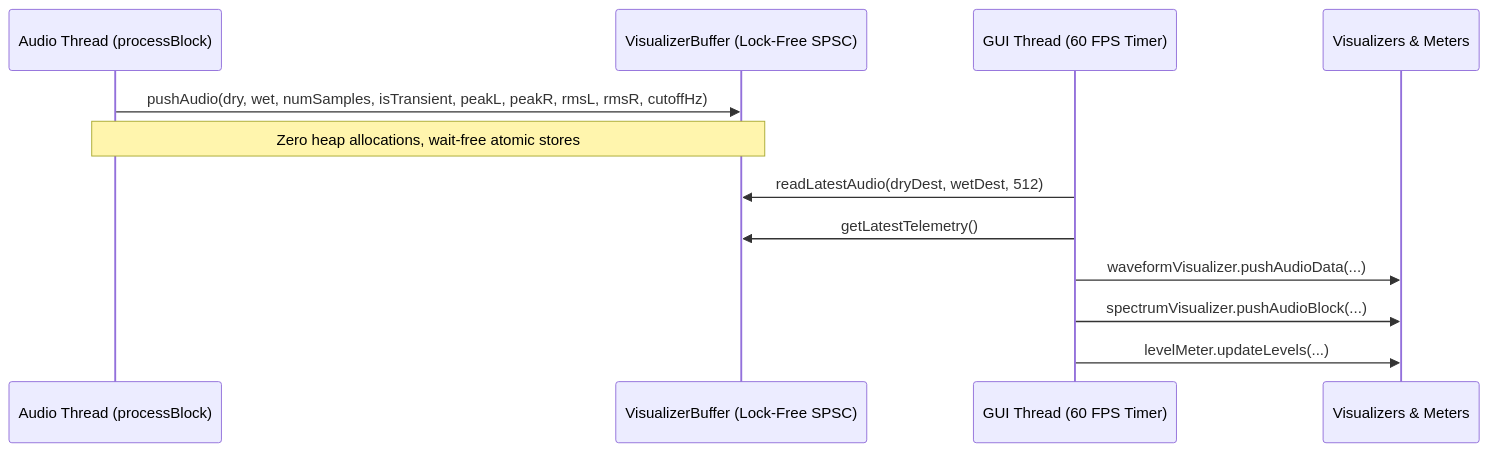
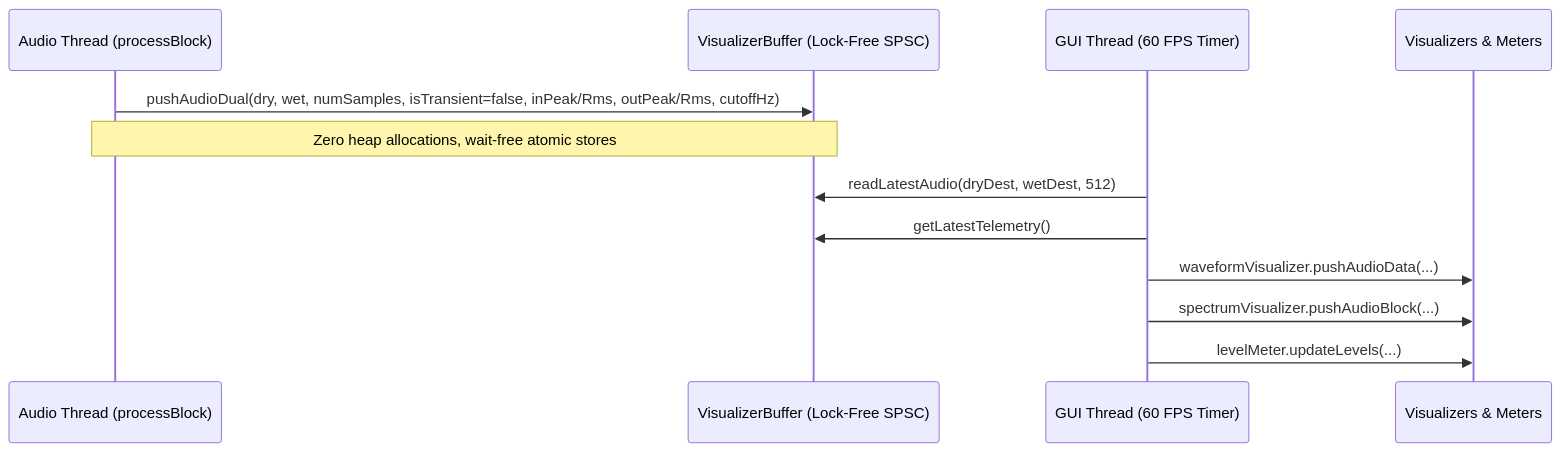
One commit to iPlaySkill/poly-pitch-shifter changed the second of 2 diagrams in docs/GUI_DESIGN.md. Above: the diagram before and after it, drawn with Mermaid. The commit also changed other lines of this file and 5 other files, not shown here.

Commit message:
docs: update algorithm and architecture specs

````diff
--- a/docs/GUI_DESIGN.md
+++ b/docs/GUI_DESIGN.md
@@ -78,15 +82,15 @@
 ```mermaid
 sequenceDiagram
     participant AudioThread as Audio Thread (processBlock)
     participant FIFO as VisualizerBuffer (Lock-Free SPSC)
     participant GuiTimer as GUI Thread (60 FPS Timer)
     participant UI as Visualizers & Meters
 
-    AudioThread->>FIFO: pushAudio(dry, wet, numSamples, isTransient, peakL, peakR, rmsL, rmsR, cutoffHz)
+    AudioThread->>FIFO: pushAudioDual(dry, wet, numSamples, isTransient=false, inPeak/Rms, outPeak/Rms, cutoffHz)
     Note over AudioThread,FIFO: Zero heap allocations, wait-free atomic stores
     GuiTimer->>FIFO: readLatestAudio(dryDest, wetDest, 512)
     GuiTimer->>FIFO: getLatestTelemetry()
     GuiTimer->>UI: waveformVisualizer.pushAudioData(...)
     GuiTimer->>UI: spectrumVisualizer.pushAudioBlock(...)
     GuiTimer->>UI: levelMeter.updateLevels(...)
 ```
````
